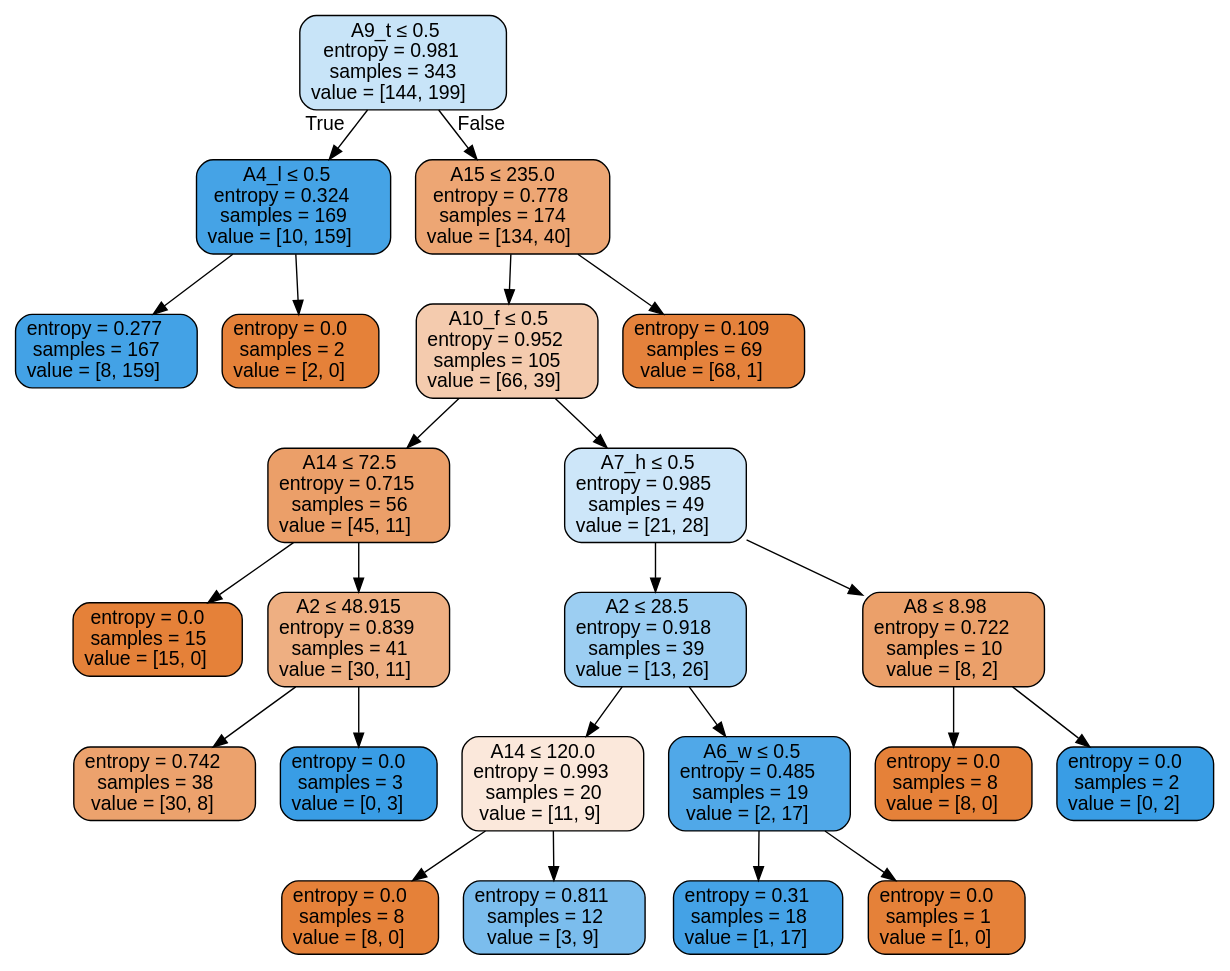
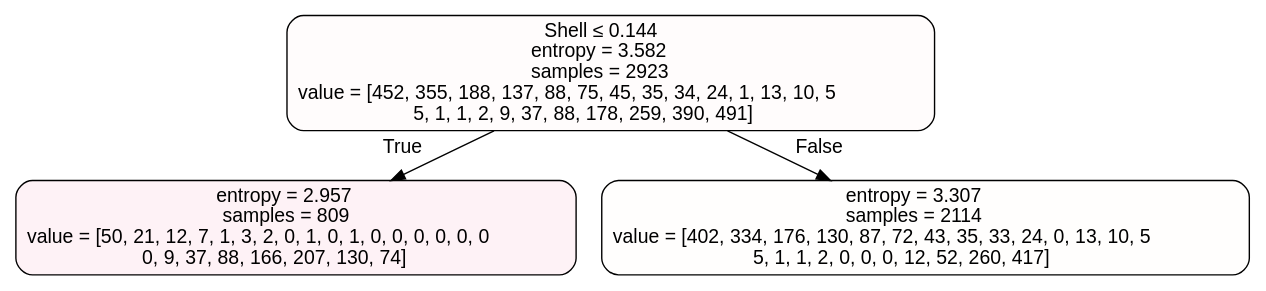
One commit to appleyuchi/Decision_Tree_Prune changed the diagram in sklearn_cart-classification_CCP-finish/sklearnCART2json_CCP/visualization/T6.dot. Above: the diagram before and after it, drawn with Graphviz. The commit also changed 33 other files, not shown here.

```diff
--- a/sklearn_cart-classification_CCP-finish/sklearnCART2json_CCP/visualization/T6.dot
+++ b/sklearn_cart-classification_CCP-finish/sklearnCART2json_CCP/visualization/T6.dot
@@ -1,49 +1,9 @@
 digraph Tree {
 node [shape=box, style="filled, rounded", color="black", fontname=helvetica] ;
 edge [fontname=helvetica] ;
-0 [label=<A9_t &le; 0.5<br/>entropy = 0.981<br/>samples = 343<br/>value = [144, 199]>, fillcolor="#399de546"] ;
-1 [label=<A4_l &le; 0.5<br/>entropy = 0.324<br/>samples = 169<br/>value = [10, 159]>, fillcolor="#399de5ef"] ;
+0 [label=<Shell &le; 0.144<br/>entropy = 3.582<br/>samples = 2923<br/>value = [452, 355, 188, 137, 88, 75, 45, 35, 34, 24, 1, 13, 10, 5<br/>5, 1, 1, 2, 9, 37, 88, 178, 259, 390, 491]>, fillcolor="#e5563904"] ;
+1 [label=<entropy = 2.957<br/>samples = 809<br/>value = [50, 21, 12, 7, 1, 3, 2, 0, 1, 0, 1, 0, 0, 0, 0, 0, 0<br/>0, 9, 37, 88, 166, 207, 130, 74]>, fillcolor="#e5396f10"] ;
 0 -> 1 [labeldistance=2.5, labelangle=45, headlabel="True"] ;
-2 [label=<entropy = 0.277<br/>samples = 167<br/>value = [8, 159]>, fillcolor="#399de5f2"] ;
-1 -> 2 ;
-27 [label=<entropy = 0.0<br/>samples = 2<br/>value = [2, 0]>, fillcolor="#e58139ff"] ;
-1 -> 27 ;
-28 [label=<A15 &le; 235.0<br/>entropy = 0.778<br/>samples = 174<br/>value = [134, 40]>, fillcolor="#e58139b3"] ;
-0 -> 28 [labeldistance=2.5, labelangle=-45, headlabel="False"] ;
-29 [label=<A10_f &le; 0.5<br/>entropy = 0.952<br/>samples = 105<br/>value = [66, 39]>, fillcolor="#e5813968"] ;
-28 -> 29 ;
-30 [label=<A14 &le; 72.5<br/>entropy = 0.715<br/>samples = 56<br/>value = [45, 11]>, fillcolor="#e58139c1"] ;
-29 -> 30 ;
-31 [label=<entropy = 0.0<br/>samples = 15<br/>value = [15, 0]>, fillcolor="#e58139ff"] ;
-30 -> 31 ;
-32 [label=<A2 &le; 48.915<br/>entropy = 0.839<br/>samples = 41<br/>value = [30, 11]>, fillcolor="#e58139a1"] ;
-30 -> 32 ;
-33 [label=<entropy = 0.742<br/>samples = 38<br/>value = [30, 8]>, fillcolor="#e58139bb"] ;
-32 -> 33 ;
-46 [label=<entropy = 0.0<br/>samples = 3<br/>value = [0, 3]>, fillcolor="#399de5ff"] ;
-32 -> 46 ;
-47 [label=<A7_h &le; 0.5<br/>entropy = 0.985<br/>samples = 49<br/>value = [21, 28]>, fillcolor="#399de540"] ;
-29 -> 47 ;
-48 [label=<A2 &le; 28.5<br/>entropy = 0.918<br/>samples = 39<br/>value = [13, 26]>, fillcolor="#399de57f"] ;
-47 -> 48 ;
-49 [label=<A14 &le; 120.0<br/>entropy = 0.993<br/>samples = 20<br/>value = [11, 9]>, fillcolor="#e581392e"] ;
-48 -> 49 ;
-50 [label=<entropy = 0.0<br/>samples = 8<br/>value = [8, 0]>, fillcolor="#e58139ff"] ;
-49 -> 50 ;
-51 [label=<entropy = 0.811<br/>samples = 12<br/>value = [3, 9]>, fillcolor="#399de5aa"] ;
-49 -> 51 ;
-58 [label=<A6_w &le; 0.5<br/>entropy = 0.485<br/>samples = 19<br/>value = [2, 17]>, fillcolor="#399de5e1"] ;
-48 -> 58 ;
-59 [label=<entropy = 0.31<br/>samples = 18<br/>value = [1, 17]>, fillcolor="#399de5f0"] ;
-58 -> 59 ;
-64 [label=<entropy = 0.0<br/>samples = 1<br/>value = [1, 0]>, fillcolor="#e58139ff"] ;
-58 -> 64 ;
-65 [label=<A8 &le; 8.98<br/>entropy = 0.722<br/>samples = 10<br/>value = [8, 2]>, fillcolor="#e58139bf"] ;
-47 -> 65 ;
-66 [label=<entropy = 0.0<br/>samples = 8<br/>value = [8, 0]>, fillcolor="#e58139ff"] ;
-65 -> 66 ;
-67 [label=<entropy = 0.0<br/>samples = 2<br/>value = [0, 2]>, fillcolor="#399de5ff"] ;
-65 -> 67 ;
-68 [label=<entropy = 0.109<br/>samples = 69<br/>value = [68, 1]>, fillcolor="#e58139fb"] ;
-28 -> 68 ;
+8 [label=<entropy = 3.307<br/>samples = 2114<br/>value = [402, 334, 176, 130, 87, 72, 43, 35, 33, 24, 0, 13, 10, 5<br/>5, 1, 1, 2, 0, 0, 0, 12, 52, 260, 417]>, fillcolor="#e5563902"] ;
+0 -> 8 [labeldistance=2.5, labelangle=-45, headlabel="False"] ;
 }
```
